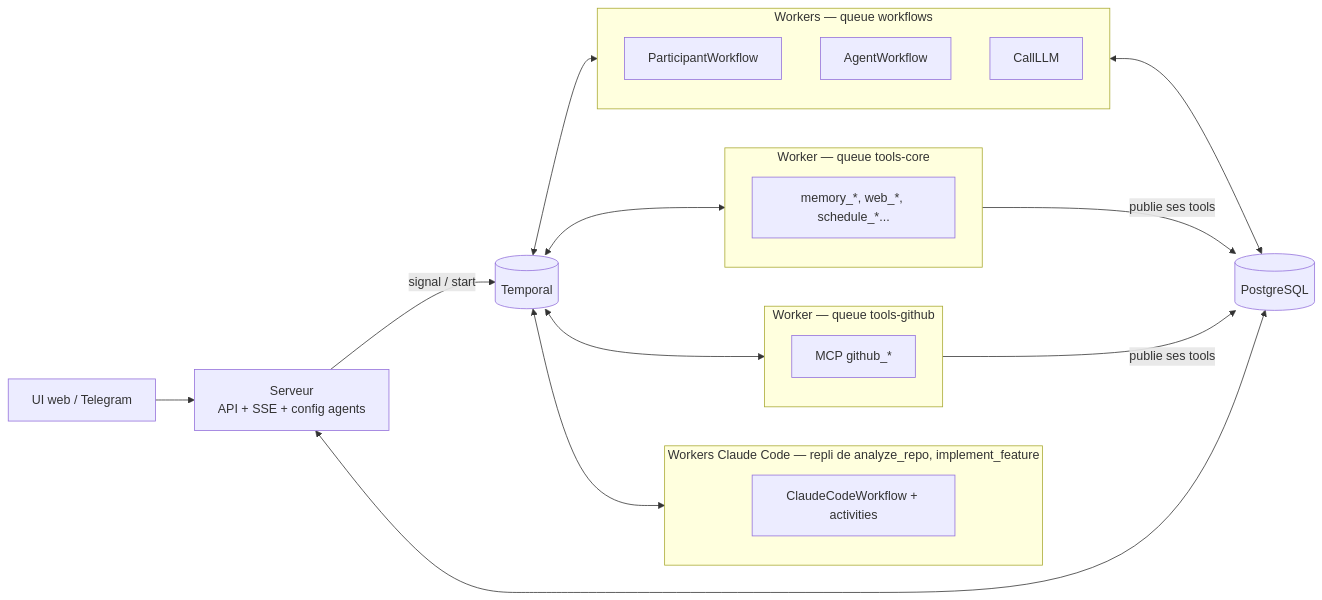
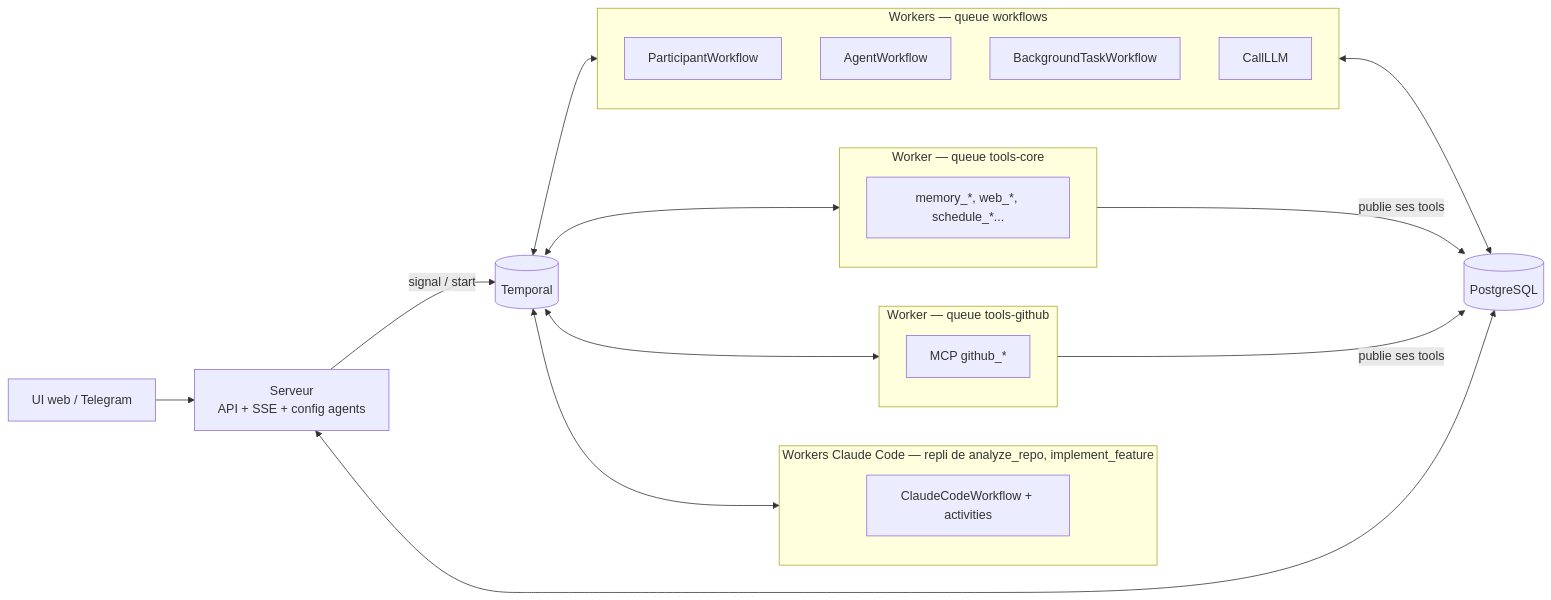
The diagram in docs/architecture.md (Victor118/temporal-agent), drawn with Mermaid before and after one commit. The commit also changed other lines of this file and 4 other files, not shown here.

````diff
--- a/docs/architecture.md
+++ b/docs/architecture.md
@@ -65,32 +65,33 @@
 ```mermaid
 flowchart LR
     UI[UI web / Telegram] --> S[Serveur<br/>API + SSE + config agents]
     S -->|signal / start| T[(Temporal)]
     S <--> DB[(PostgreSQL)]
 
     subgraph WF[Workers — queue workflows]
         SW[ParticipantWorkflow]
         AW[AgentWorkflow]
+        BT[BackgroundTaskWorkflow]
         LLM[CallLLM]
     end
 
     subgraph TC[Worker — queue tools-core]
         TC1[memory_*, web_*, schedule_*...]
     end
 
     subgraph TG[Worker — queue tools-github]
         TG1[MCP github_*]
     end
 
     subgraph TCC[Workers Claude Code — repli de analyze_repo, implement_feature]
         TCC1[ClaudeCodeWorkflow + activities]
     end
 
     T <--> WF
     T <--> TC
     T <--> TG
     T <--> TCC
     WF <--> DB
     TC -->|publie ses tools| DB
     TG -->|publie ses tools| DB
 ```
````
